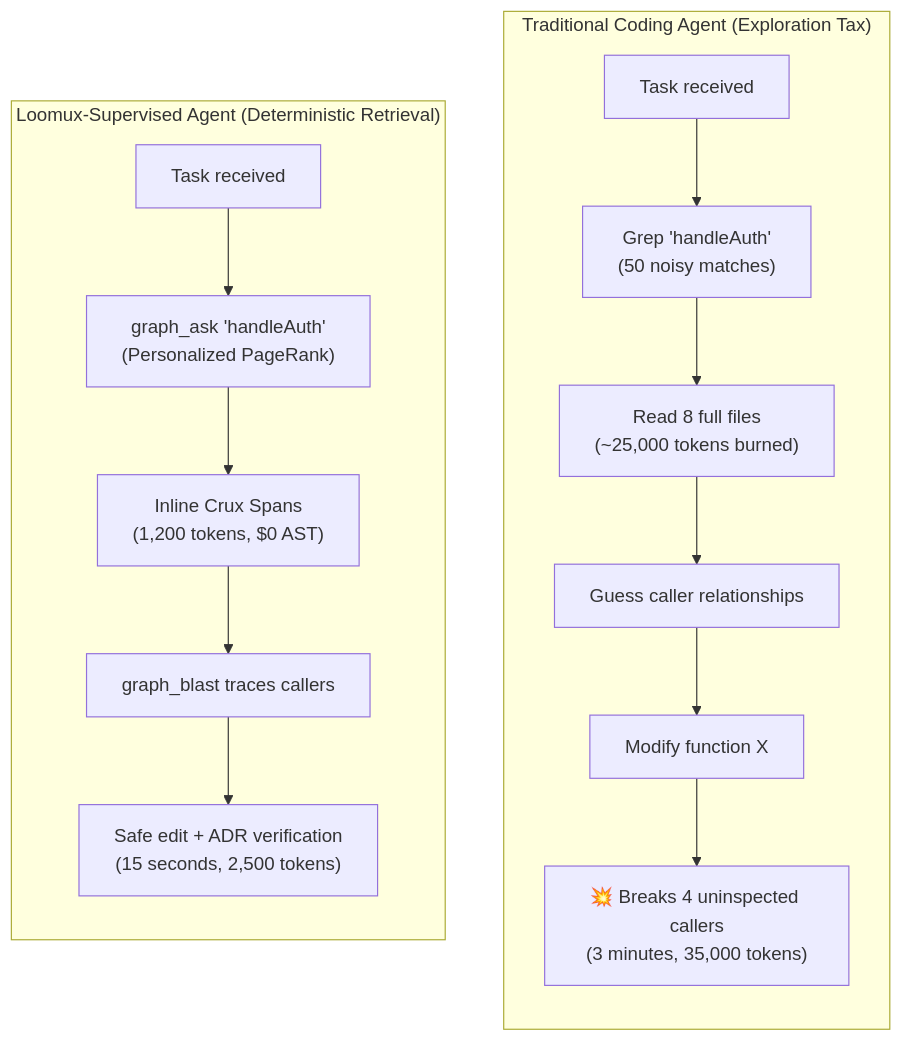
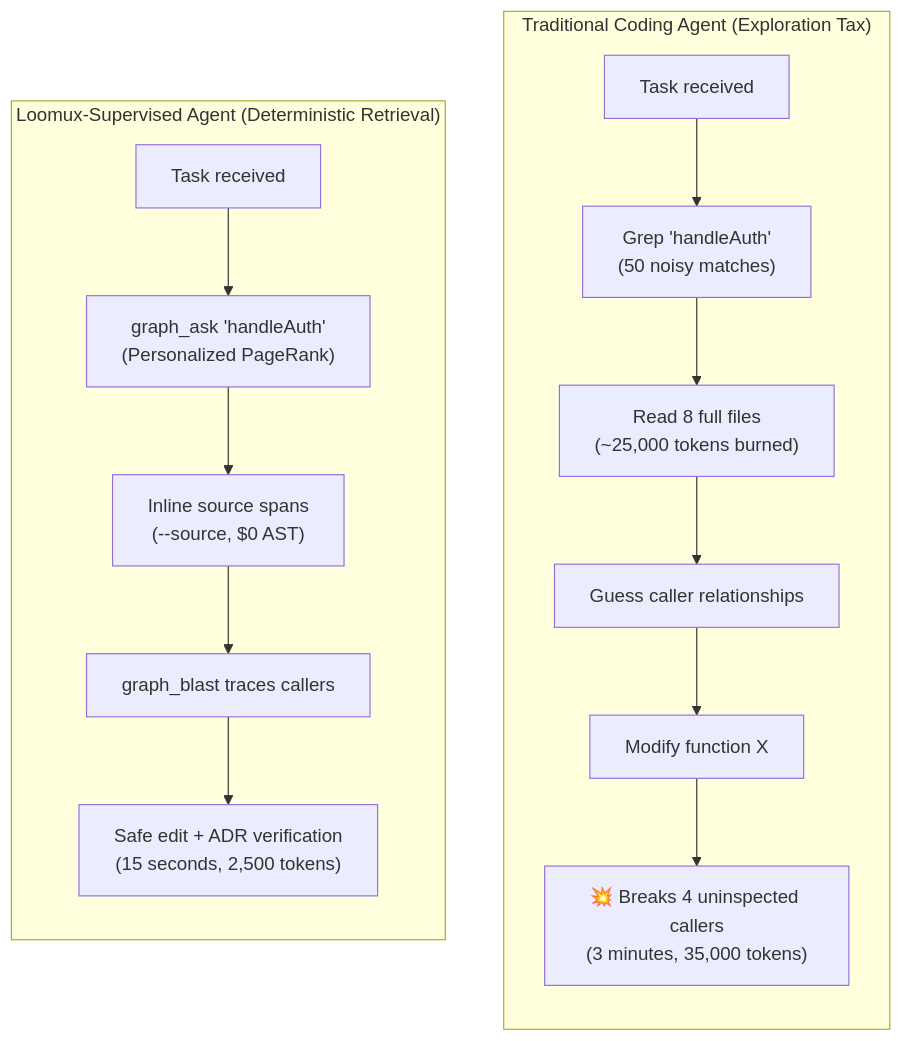
The first of 5 diagrams in docs/en/architecture.md (xidus90/loomux), drawn with Mermaid before and after one commit. The commit also changed other lines of this file and 9 other files, not shown here.

````diff
--- a/docs/en/architecture.md
+++ b/docs/en/architecture.md
@@ -18,19 +18,19 @@
 ```mermaid
 flowchart TD
     subgraph Traditional["Traditional Coding Agent (Exploration Tax)"]
         direction TB
         Task1["Task received"] --> Grep1["Grep 'handleAuth'<br/>(50 noisy matches)"]
         Grep1 --> Read1["Read 8 full files<br/>(~25,000 tokens burned)"]
         Read1 --> Guess1["Guess caller relationships"]
         Guess1 --> Edit1["Modify function X"]
         Edit1 --> Break1["💥 Breaks 4 uninspected callers<br/>(3 minutes, 35,000 tokens)"]
     end
 
     subgraph LoomuxSupervised["Loomux-Supervised Agent (Deterministic Retrieval)"]
         direction TB
         Task2["Task received"] --> GraphRank["graph_ask 'handleAuth'<br/>(Personalized PageRank)"]
-        GraphRank --> Crux["Inline Crux Spans<br/>(1,200 tokens, $0 AST)"]
-        Crux --> Blast["graph_blast traces callers"]
+        GraphRank --> Spans["Inline source spans<br/>(--source, $0 AST)"]
+        Spans --> Blast["graph_blast traces callers"]
         Blast --> SafeEdit["Safe edit + ADR verification<br/>(15 seconds, 2,500 tokens)"]
     end
 ```
````
